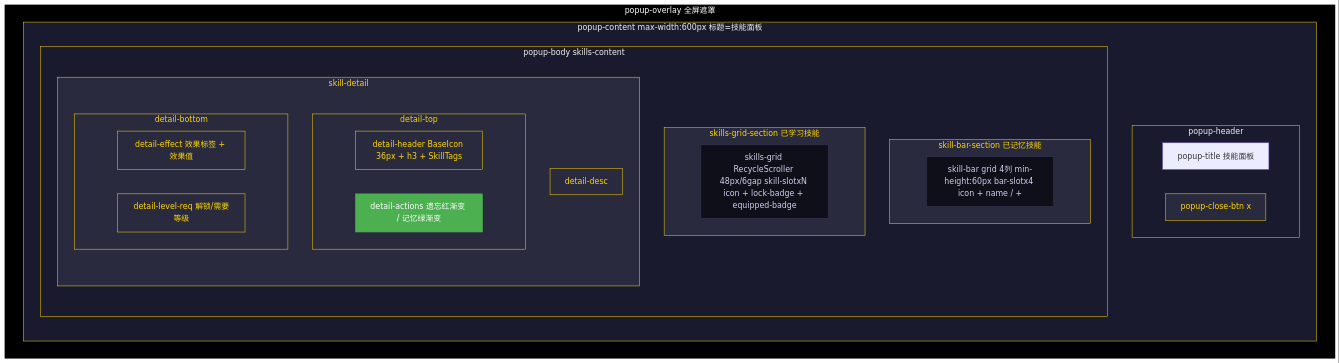
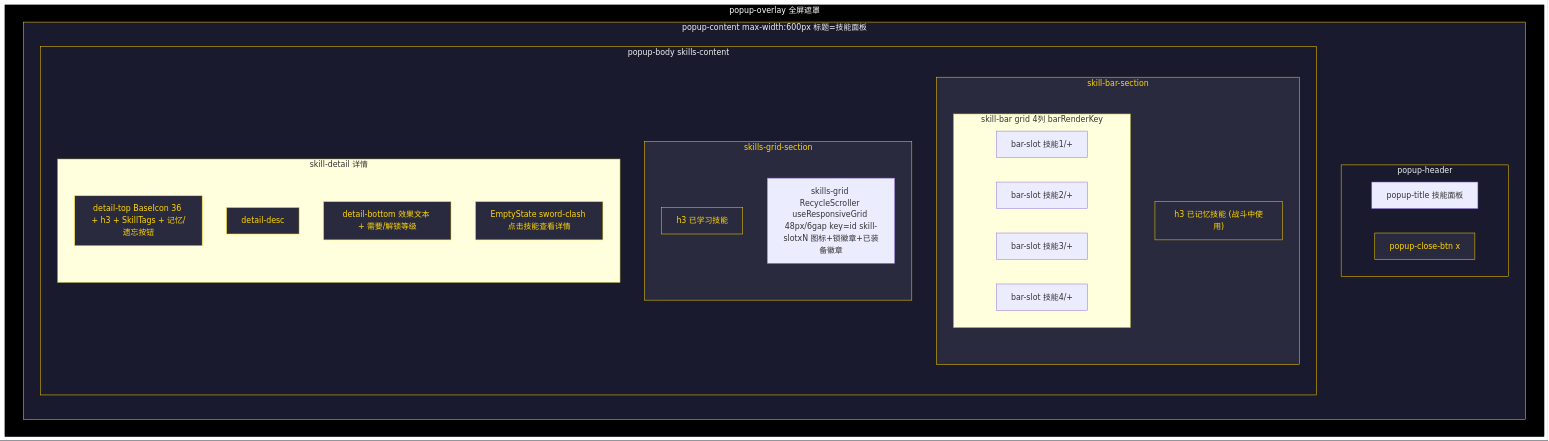
Before and after one commit to SonDemigods/wow_dnd: the ninth of 14 diagrams in doc/UI/UI_DESIGN_SPEC_POPUPS.md, drawn with Mermaid. The commit also changed other lines of this file and 55 other files, not shown here.

````diff
--- a/doc/UI/UI_DESIGN_SPEC_POPUPS.md
+++ b/doc/UI/UI_DESIGN_SPEC_POPUPS.md
@@ -931,49 +954,53 @@
 ```mermaid
 flowchart TB
     subgraph overlay["popup-overlay 全屏遮罩"]
         subgraph container["popup-content max-width:600px 标题=技能面板"]
             direction TB
             subgraph header["popup-header"]
                 direction LR
                 title["popup-title 技能面板"]
                 close["popup-close-btn x"]
             end
             subgraph body["popup-body skills-content"]
                 direction TB
-                subgraph barSection["skill-bar-section 已记忆技能"]
-                    skillBar["skill-bar grid 4列 min-height:60px bar-slotx4 icon + name / +"]
+                subgraph barSec["skill-bar-section"]
+                    direction TB
+                    barTitle["h3 已记忆技能 (战斗中使用)"]
+                    subgraph skillBar["skill-bar grid 4列 barRenderKey"]
+                        direction LR
+                        slot1["bar-slot 技能1/+" ]
+                        slot2["bar-slot 技能2/+"]
+                        slot3["bar-slot 技能3/+"]
+                        slot4["bar-slot 技能4/+"]
+                    end
                 end
-                subgraph gridSection["skills-grid-section 已学习技能"]
-                    skillsGrid["skills-grid RecycleScroller 48px/6gap skill-slotxN icon + lock-badge + equipped-badge"]
+                subgraph gridSec["skills-grid-section"]
+                    direction TB
+                    gridTitle["h3 已学习技能"]
+                    grid["skills-grid RecycleScroller useResponsiveGrid 48px/6gap key=id skill-slotxN 图标+锁徽章+已装备徽章"]
                 end
-                subgraph detail["skill-detail"]
+                subgraph detail["skill-detail 详情"]
                     direction TB
-                    subgraph detailTop["detail-top"]
-                        direction LR
-                        detailHead["detail-header BaseIcon 36px + h3 + SkillTags"]
-                        detailAct["detail-actions 遗忘红渐变 / 记忆绿渐变"]
-                    end
+                    detailTop["detail-top BaseIcon 36 + h3 + SkillTags + 记忆/遗忘按钮"]
                     detailDesc["detail-desc"]
-                    subgraph detailBottom["detail-bottom"]
-                        direction LR
-                        detailEffect["detail-effect 效果标签 + 效果值"]
-                        detailLevel["detail-level-req 解锁/需要等级"]
-                    end
+                    detailBottom["detail-bottom 效果文本 + 需要/解锁等级"]
+                    emptyState["EmptyState sword-clash 点击技能查看详情"]
                 end
             end
         end
     end
 
     classDef overlayCls fill:#000000,stroke:#000,color:#fff
     classDef containerCls fill:#1a1a2e,stroke:#ffd700,color:#f0f0f0
     classDef regionCls fill:#2a2a3e,stroke:#ffd700,color:#ffd700
     classDef gridCls fill:#0f0f1a,stroke:#3a3a5a,color:#d0d0f0
     classDef memoCls fill:#4caf50,stroke:#45a049,color:#fff
 
     class overlay overlayCls
     class container,header,body containerCls
-    class barSection,gridSection,detailHead,detailDesc,detailEffect,detailLevel,detail,detailTop,detailBottom regionCls
-    class skillBar,skillsGrid gridCls
-    class detailAct memoCls
+    class barSec,gridSec,detailTop,detailDesc,detailBottom,emptyState regionCls
+    class skillBar,grid listCls
+    class barTitle,gridTitle regionCls
+    class memorize memoCls
     class close regionCls
 ```
````
